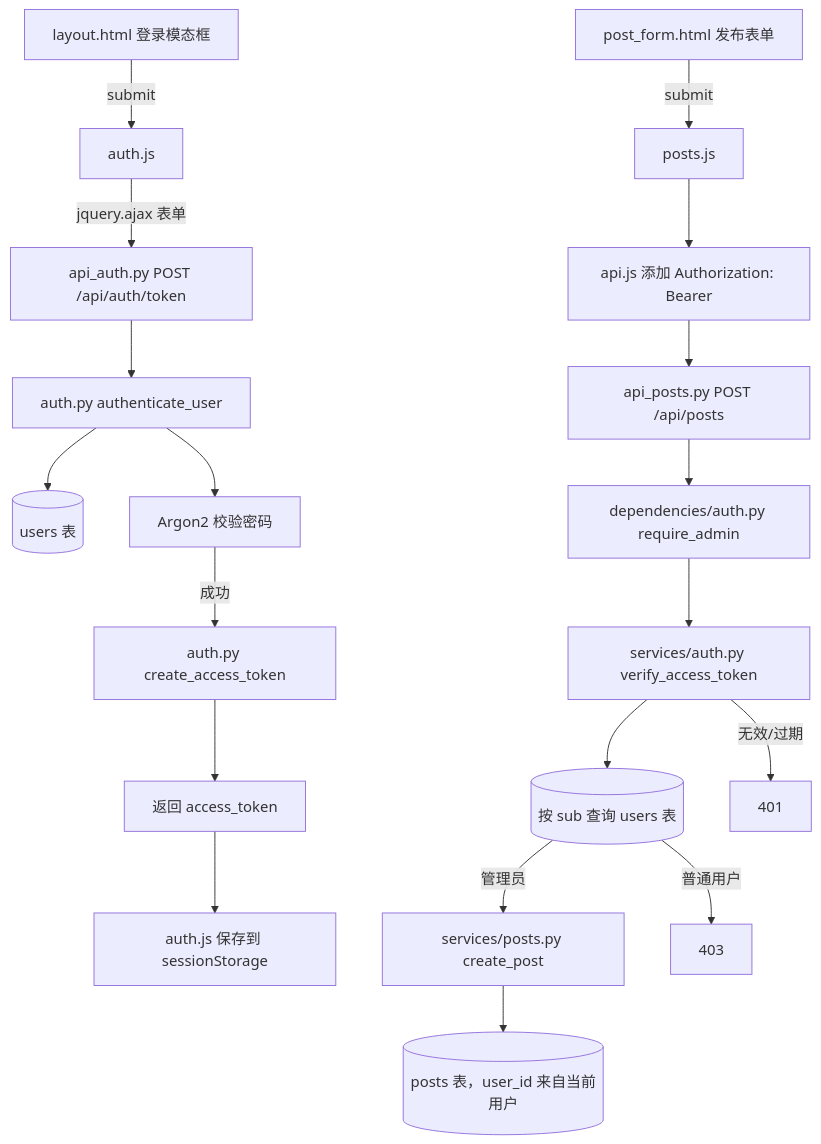
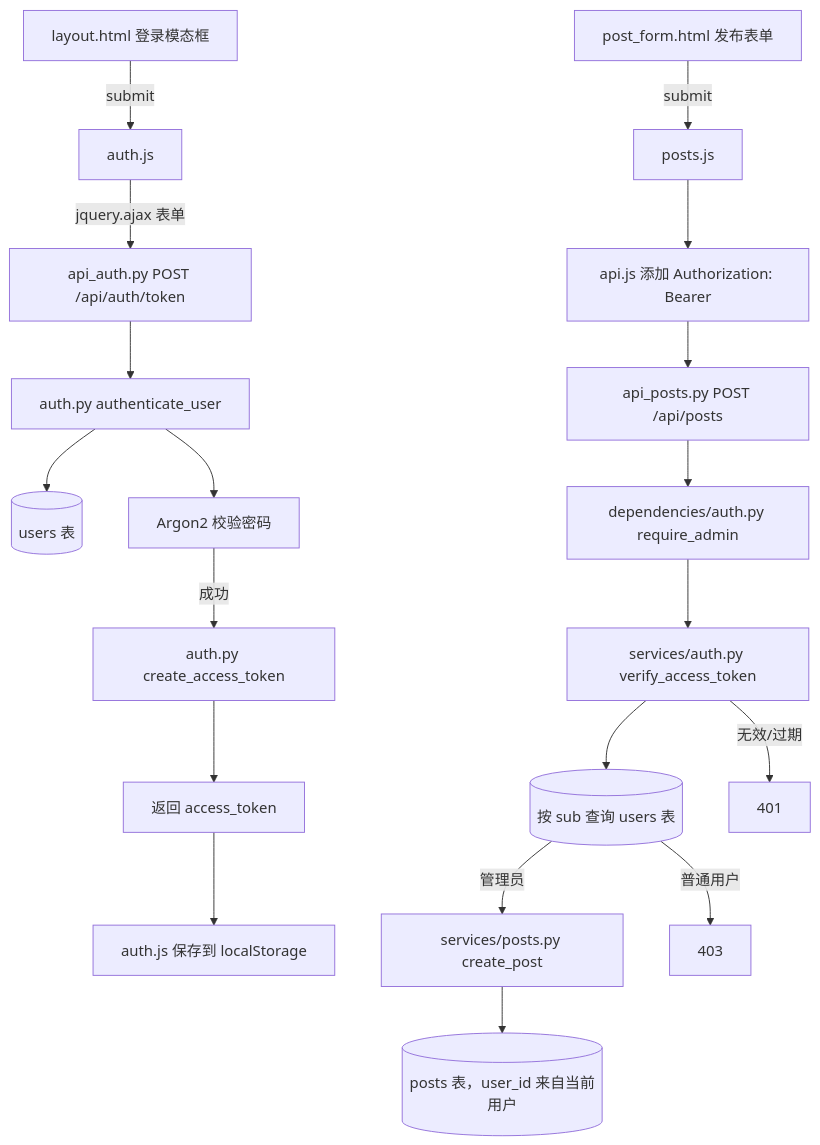
The diagram in docs/JWT与用户认证开发流程.md (lvxiaobu999/fastapi-blog), drawn with Mermaid before and after one commit. The commit also changed other lines of this file and 3 other files, not shown here.

````diff
--- a/docs/JWT与用户认证开发流程.md
+++ b/docs/JWT与用户认证开发流程.md
@@ -56,22 +56,22 @@
 ```mermaid
 flowchart TD
     A[layout.html 登录模态框] -->|submit| B[auth.js]
     B -->|jquery.ajax 表单| C[api_auth.py POST /api/auth/token]
     C --> D[auth.py authenticate_user]
     D --> E[(users 表)]
     D --> F[Argon2 校验密码]
     F -->|成功| G[auth.py create_access_token]
     G --> H[返回 access_token]
-    H --> I[auth.js 保存到 sessionStorage]
+    H --> I[auth.js 保存到 localStorage]
 
     J[post_form.html 发布表单] -->|submit| K[posts.js]
     K --> L[api.js 添加 Authorization: Bearer]
     L --> M[api_posts.py POST /api/posts]
     M --> N[dependencies/auth.py require_admin]
     N --> O[services/auth.py verify_access_token]
     O --> P[(按 sub 查询 users 表)]
     P -->|管理员| Q[services/posts.py create_post]
     Q --> R[(posts 表，user_id 来自当前用户)]
     P -->|普通用户| S[403]
     O -->|无效/过期| T[401]
 ```
````
